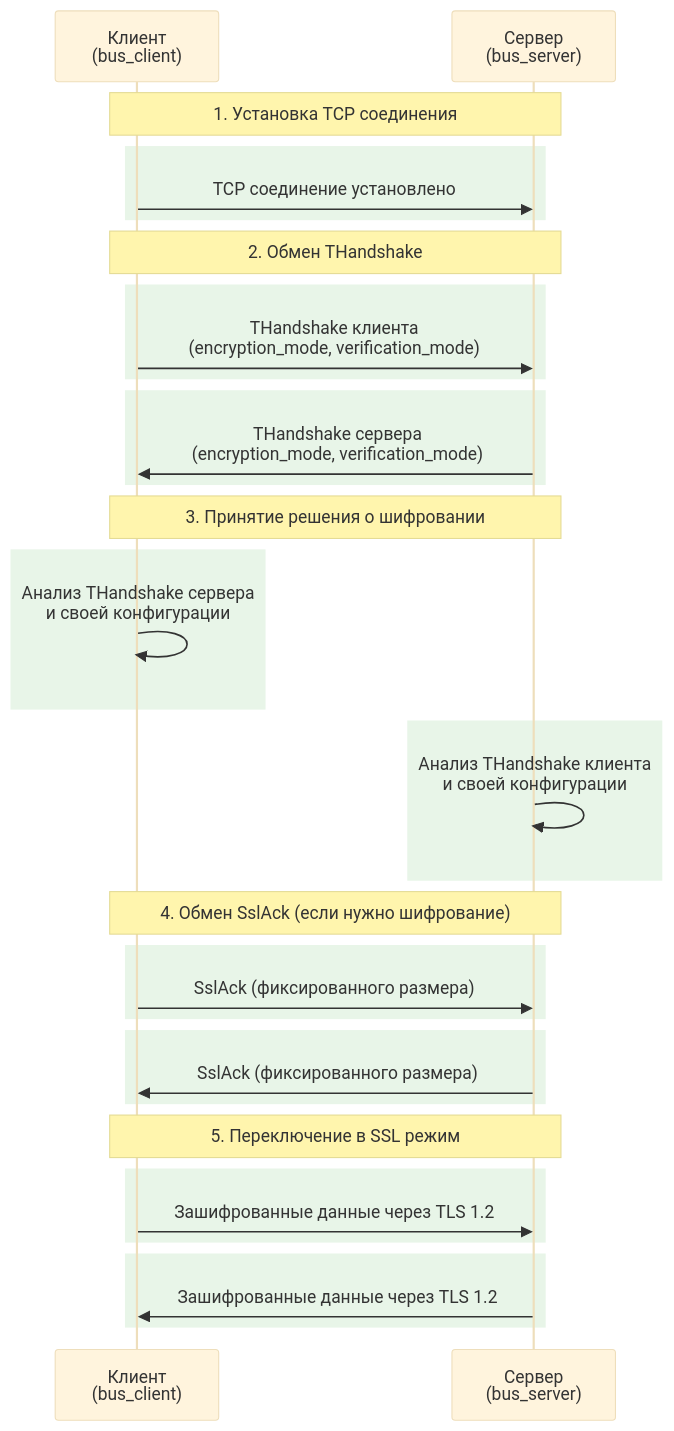
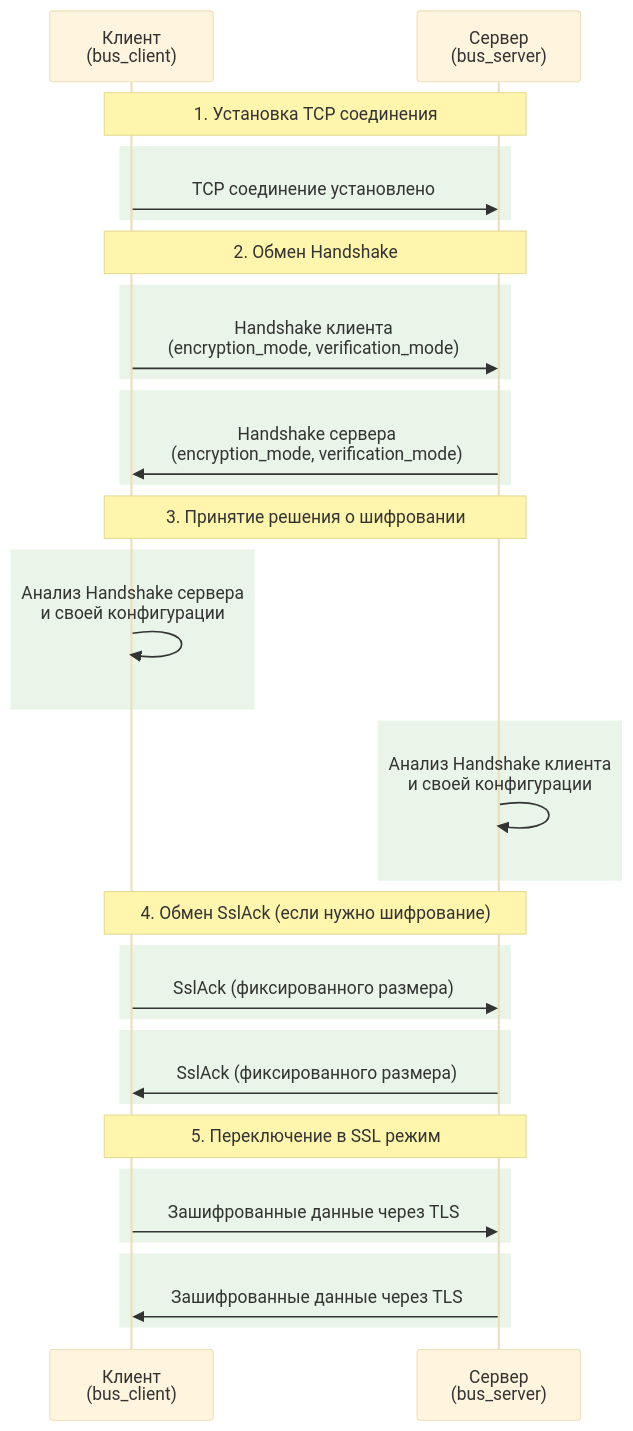
Before and after one commit to ytsaurus/ytsaurus: the third of 3 diagrams in yt/docs/ru/_includes/admin-guide/handshake.md, drawn with Mermaid. The commit also changed other lines of this file, not shown here.

````diff
--- a/yt/docs/ru/_includes/admin-guide/handshake.md
+++ b/yt/docs/ru/_includes/admin-guide/handshake.md
@@ -110,43 +119,43 @@
 ```mermaid
 %%{init: {'theme':'base', 'themeVariables': { 'fontSize': '12px' }}}%%
 sequenceDiagram
     participant C as Клиент<br/>(bus_client)
     participant S as Сервер<br/>(bus_server)
 
     Note over C,S: 1. Установка TCP соединения
     rect rgb(232, 245, 232)
     C->>S: TCP соединение установлено
     end
 
-    Note over C,S: 2. Обмен THandshake
+    Note over C,S: 2. Обмен Handshake
     rect rgb(232, 245, 232)
-    C->>S: THandshake клиента<br/>(encryption_mode, verification_mode)
+    C->>S: Handshake клиента<br/>(encryption_mode, verification_mode)
     end
     rect rgb(232, 245, 232)
-    S->>C: THandshake сервера<br/>(encryption_mode, verification_mode)
+    S->>C: Handshake сервера<br/>(encryption_mode, verification_mode)
     end
 
     Note over C,S: 3. Принятие решения о шифровании
     rect rgb(232, 245, 232)
-    C->>C: Анализ THandshake сервера<br/>и своей конфигурации
+    C->>C: Анализ Handshake сервера<br/>и своей конфигурации
     end
     rect rgb(232, 245, 232)
-    S->>S: Анализ THandshake клиента<br/>и своей конфигурации
+    S->>S: Анализ Handshake клиента<br/>и своей конфигурации
     end
 
     Note over C,S: 4. Обмен SslAck (если нужно шифрование)
     rect rgb(232, 245, 232)
     C->>S: SslAck (фиксированного размера)
     end
     rect rgb(232, 245, 232)
     S->>C: SslAck (фиксированного размера)
     end
 
     Note over C,S: 5. Переключение в SSL режим
     rect rgb(232, 245, 232)
-    C->>S: Зашифрованные данные через TLS 1.2
+    C->>S: Зашифрованные данные через TLS
     end
     rect rgb(232, 245, 232)
-    S->>C: Зашифрованные данные через TLS 1.2
+    S->>C: Зашифрованные данные через TLS
     end
 ```
````
